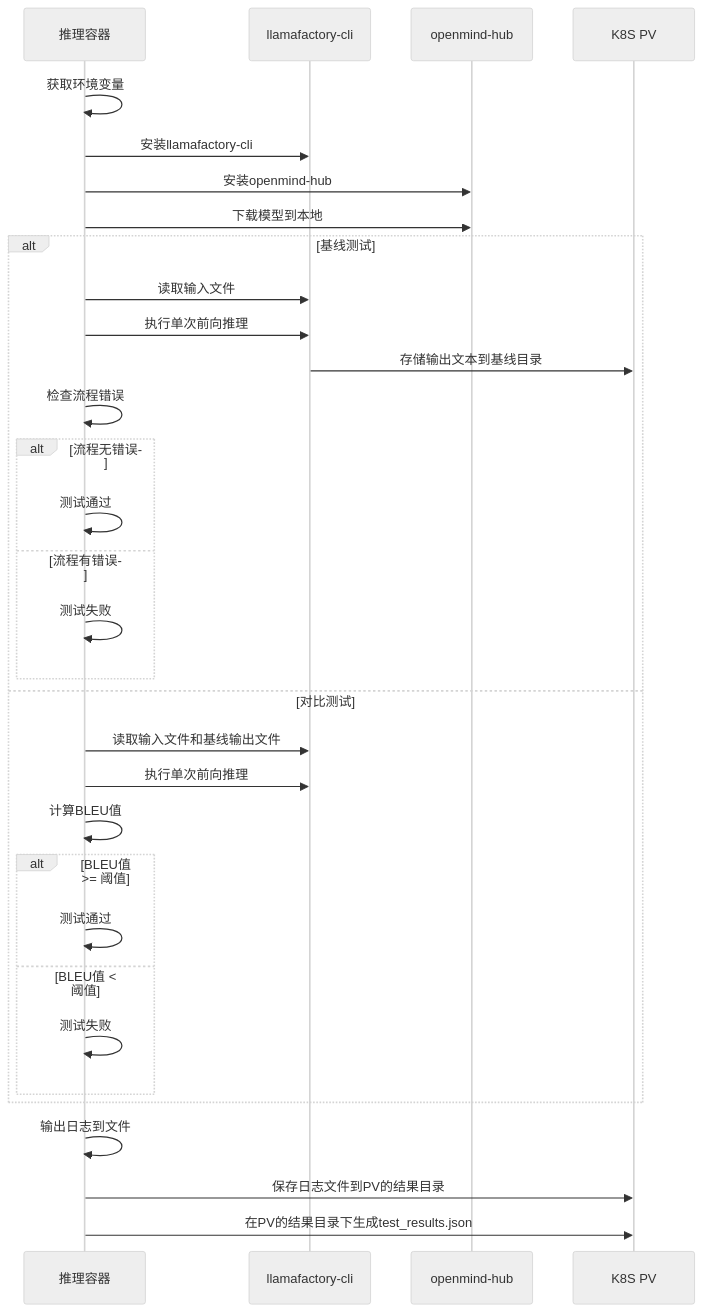
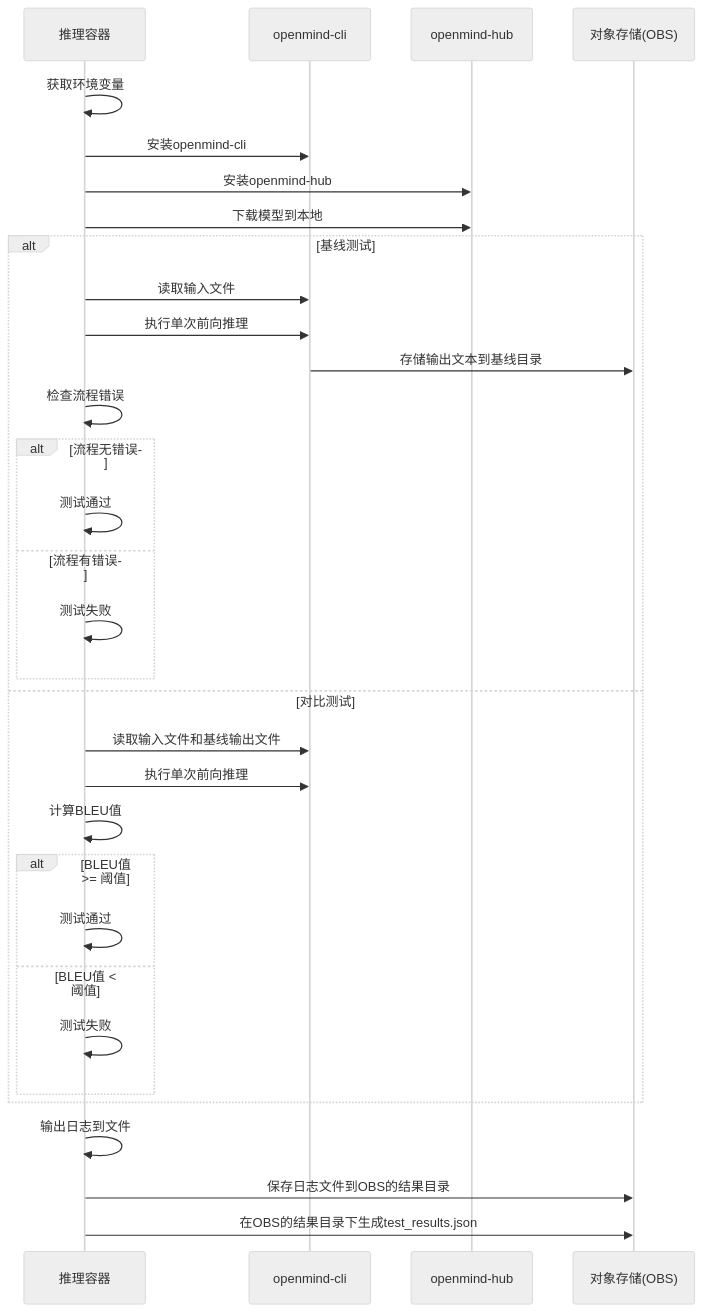
Before and after one commit to pillumina/design-proposal: diagram 15 of 17 in 模型精度性能测试自动化.md, drawn with Mermaid (neutral theme). The commit also changed other lines of this file, not shown here.

````diff
--- a/模型精度性能测试自动化.md
+++ b/模型精度性能测试自动化.md
@@ -1763,35 +1761,35 @@
 ```mermaid
 sequenceDiagram
     participant Container as 推理容器
-    participant CLI as llamafactory-cli
+    participant CLI as openmind-cli
     participant Hub as openmind-hub
-    participant Storage as K8S PV
+    participant Storage as 对象存储(OBS)
 
     Container ->> Container: 获取环境变量
-    Container ->> CLI: 安装llamafactory-cli
+    Container ->> CLI: 安装openmind-cli
     Container ->> Hub: 安装openmind-hub
     Container ->> Hub: 下载模型到本地
     alt 基线测试
         Container ->> CLI: 读取输入文件
         Container ->> CLI: 执行单次前向推理
         CLI ->> Storage: 存储输出文本到基线目录
         Container ->> Container: 检查流程错误
         alt 流程无错误
             Container ->> Container: 测试通过
         else 流程有错误
             Container ->> Container: 测试失败
         end
     else 对比测试
         Container ->> CLI: 读取输入文件和基线输出文件
         Container ->> CLI: 执行单次前向推理
         Container ->> Container: 计算BLEU值
         alt BLEU值 >= 阈值
             Container ->> Container: 测试通过
         else BLEU值 < 阈值
             Container ->> Container: 测试失败
         end
     end
     Container ->> Container: 输出日志到文件
-    Container ->> Storage: 保存日志文件到PV的结果目录
-    Container ->> Storage: 在PV的结果目录下生成test_results.json
+    Container ->> Storage: 保存日志文件到OBS的结果目录
+    Container ->> Storage: 在OBS的结果目录下生成test_results.json
 ```
````
